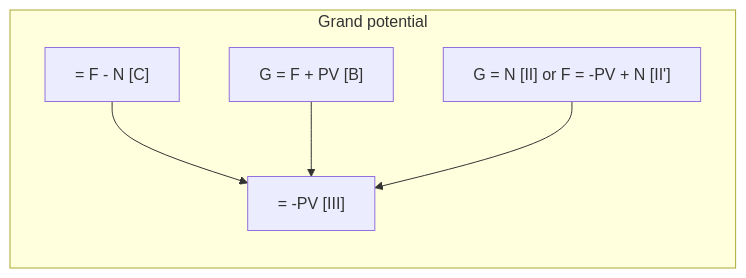
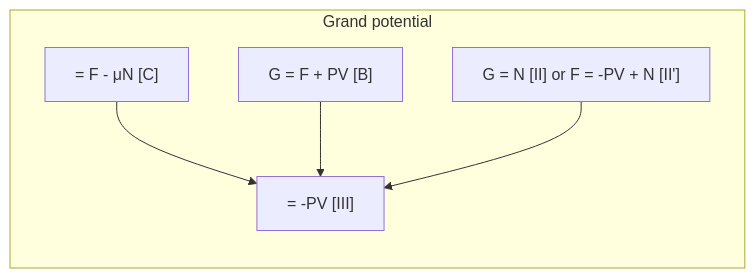
Before and after one commit to yamato97/science: the second of 2 diagrams in thermodynamic_functions.md, drawn with Mermaid.

````diff
--- a/thermodynamic_functions.md
+++ b/thermodynamic_functions.md
@@ -10,8 +10,8 @@
 ```mermaid
 graph LR
     subgraph Grand potential
-    EC[" = F -  N [C]"]-->EIII[" = -PV [III]"]
+    EC[" = F -  &mu;N [C]"]-->EIII[" = -PV [III]"]
     EB["G = F + PV [B]"]-->EIII
     EIIdash["G = N [II] or F = -PV + N [II']"]-->EIII
 end
 ```
````
